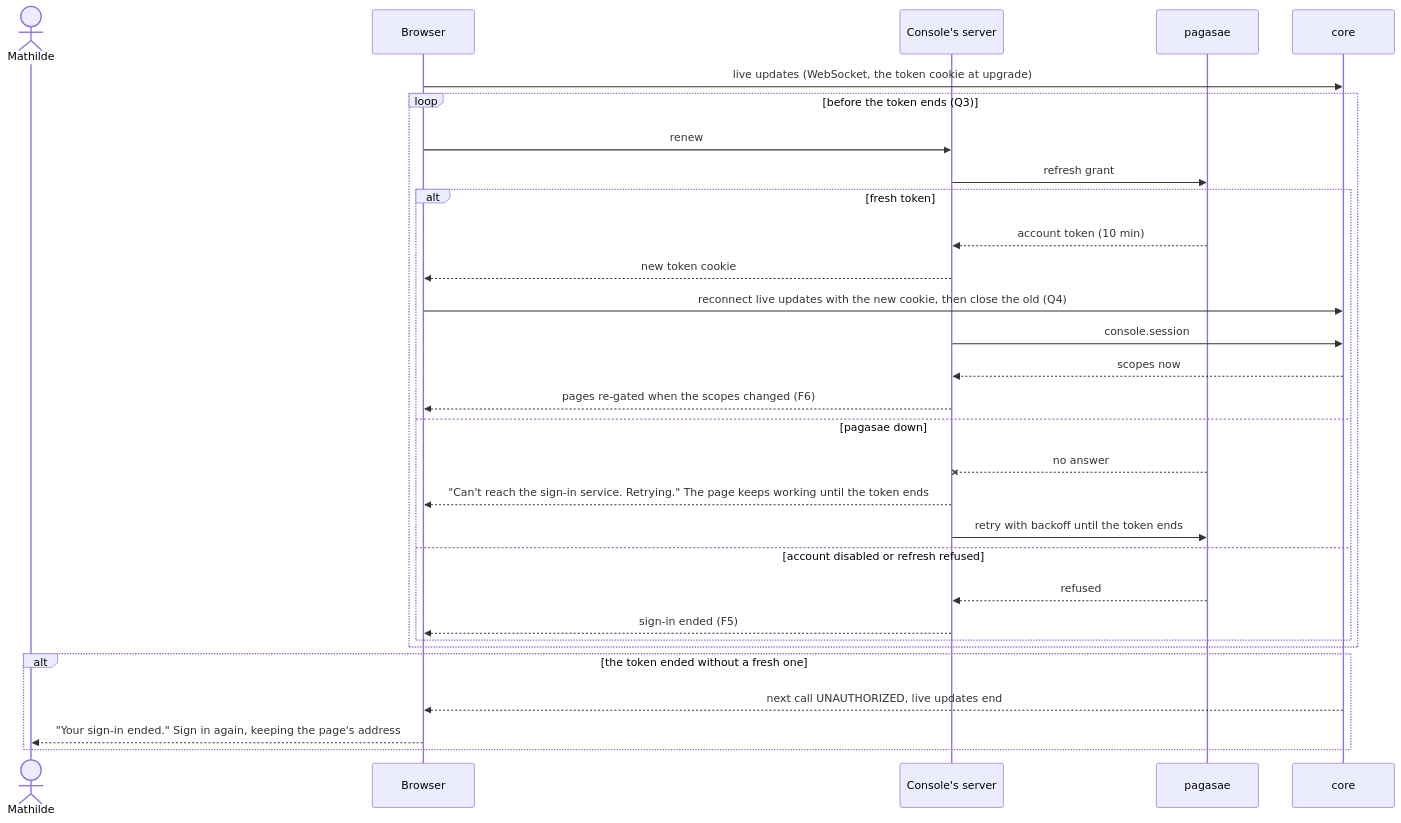
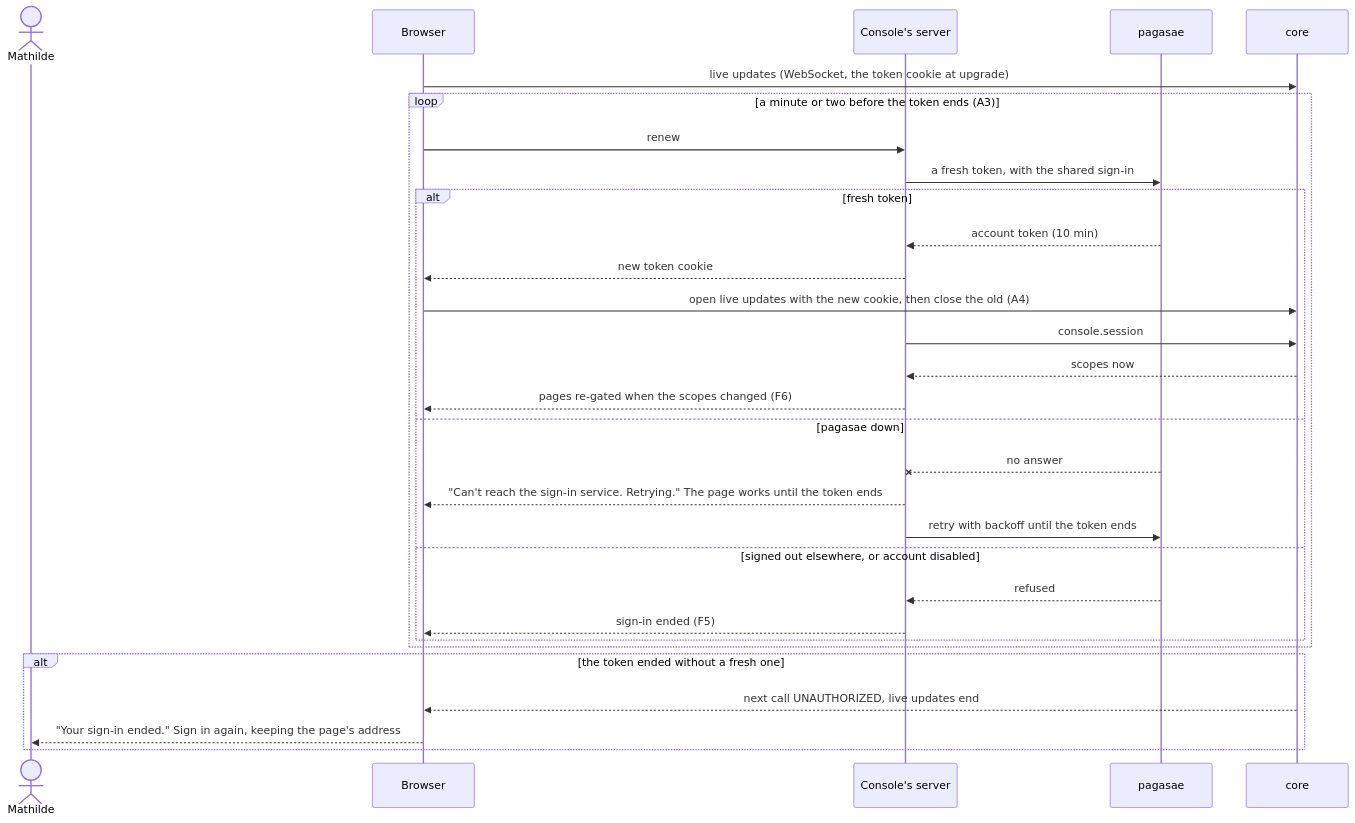
One commit to ThomasHendrickx/aeolus-fleet changed the third of 10 diagrams in docs/design/accounts/console.md. Above: the diagram before and after it, drawn with Mermaid. The commit also changed other lines of this file, not shown here.

````diff
--- a/docs/design/accounts/console.md
+++ b/docs/design/accounts/console.md
@@ -110,32 +147,32 @@
 ```mermaid
 sequenceDiagram
   actor M as Mathilde
   participant B as Browser
   participant K as Console's server
   participant P as pagasae
   participant C as core
   B->>C: live updates (WebSocket, the token cookie at upgrade)
-  loop before the token ends (Q3)
+  loop a minute or two before the token ends (A3)
     B->>K: renew
-    K->>P: refresh grant
+    K->>P: a fresh token, with the shared sign-in
     alt fresh token
       P-->>K: account token (10 min)
       K-->>B: new token cookie
-      B->>C: reconnect live updates with the new cookie, then close the old (Q4)
+      B->>C: open live updates with the new cookie, then close the old (A4)
       K->>C: console.session
       C-->>K: scopes now
       K-->>B: pages re-gated when the scopes changed (F6)
     else pagasae down
       P--xK: no answer
-      K-->>B: "Can't reach the sign-in service. Retrying." The page keeps working until the token ends
+      K-->>B: "Can't reach the sign-in service. Retrying." The page works until the token ends
       K->>P: retry with backoff until the token ends
-    else account disabled or refresh refused
+    else signed out elsewhere, or account disabled
       P-->>K: refused
       K-->>B: sign-in ended (F5)
     end
   end
   alt the token ended without a fresh one
     C-->>B: next call UNAUTHORIZED, live updates end
     B-->>M: "Your sign-in ended." Sign in again, keeping the page's address
   end
 ```
````
